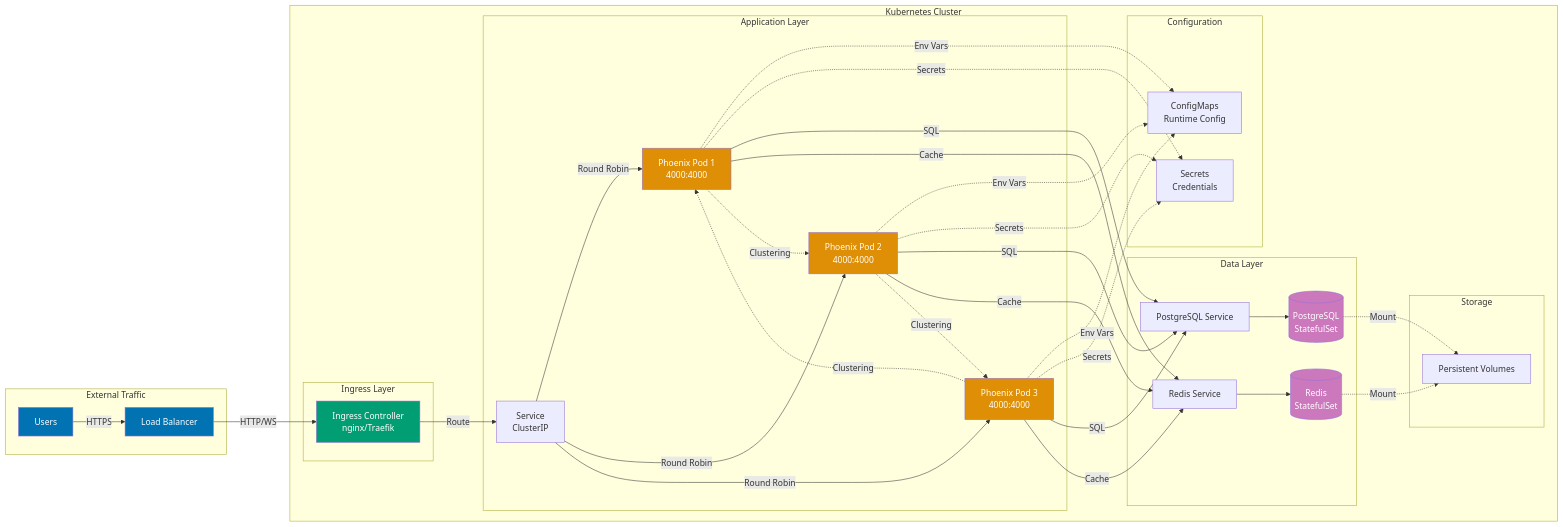
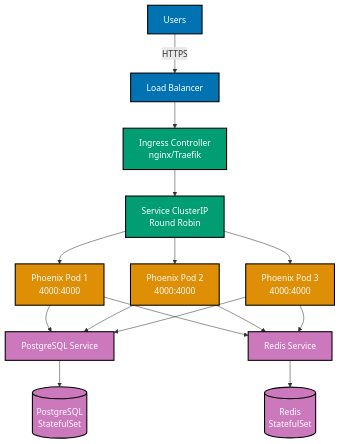
Before and after one commit to wahidyankf/ose-primer: the diagram in docs/explanation/software-engineering/platform-web/tools/elixir-phoenix/deployment.md, drawn with Mermaid. The commit also changed 86 other files, not shown here.

````diff
--- a/docs/explanation/software-engineering/platform-web/tools/elixir-phoenix/deployment.md
+++ b/docs/explanation/software-engineering/platform-web/tools/elixir-phoenix/deployment.md
@@ -349,79 +349,34 @@
 ```mermaid
 %% Color Palette: Blue #0173B2, Orange #DE8F05, Teal #029E73, Purple #CC78BC
 %% All colors are color-blind friendly and meet WCAG AA contrast standards
 
-graph LR
-    subgraph "External Traffic"
-        U[Users]
-        LB[Load Balancer]
-    end
+graph TD
+    U[Users]:::blue
+    LB[Load Balancer]:::blue
+    ING[Ingress Controller<br/>nginx/Traefik]:::teal
+    SVC[Service ClusterIP<br/>Round Robin]:::teal
 
-    subgraph "Kubernetes Cluster"
-        subgraph "Ingress Layer"
-            ING[Ingress Controller<br/>nginx/Traefik]
-        end
+    POD1[Phoenix Pod 1<br/>4000:4000]:::orange
+    POD2[Phoenix Pod 2<br/>4000:4000]:::orange
+    POD3[Phoenix Pod 3<br/>4000:4000]:::orange
 
-        subgraph "Application Layer"
-            SVC[Service<br/>ClusterIP]
-            POD1[Phoenix Pod 1<br/>4000:4000]
-            POD2[Phoenix Pod 2<br/>4000:4000]
-            POD3[Phoenix Pod 3<br/>4000:4000]
-        end
+    PGSVC[PostgreSQL Service]:::purple
+    PG[(PostgreSQL<br/>StatefulSet)]:::purple
+    REDISSVC[Redis Service]:::purple
+    RD[(Redis<br/>StatefulSet)]:::purple
 
-        subgraph "Data Layer"
-            PGSVC[PostgreSQL Service]
-            PG[(PostgreSQL<br/>StatefulSet)]
-            REDISSVC[Redis Service]
-            RD[(Redis<br/>StatefulSet)]
-        end
+    U -->|HTTPS| LB --> ING --> SVC
+    SVC --> POD1 & POD2 & POD3
 
-        subgraph "Configuration"
-            CM[ConfigMaps<br/>Runtime Config]
-            SEC[Secrets<br/>Credentials]
-        end
+    POD1 --> PGSVC & REDISSVC
+    POD2 --> PGSVC & REDISSVC
+    POD3 --> PGSVC & REDISSVC
 
-        subgraph "Storage"
-            PV[Persistent Volumes]
-        end
-    end
-
-    U -->|HTTPS| LB
-    LB -->|HTTP/WS| ING
-    ING -->|Route| SVC
-    SVC -->|Round Robin| POD1
-    SVC -->|Round Robin| POD2
-    SVC -->|Round Robin| POD3
-
-    POD1 -.->|Env Vars| CM
-    POD1 -.->|Secrets| SEC
-    POD2 -.->|Env Vars| CM
-    POD2 -.->|Secrets| SEC
-    POD3 -.->|Env Vars| CM
-    POD3 -.->|Secrets| SEC
-
-    POD1 -->|SQL| PGSVC
-    POD2 -->|SQL| PGSVC
-    POD3 -->|SQL| PGSVC
     PGSVC --> PG
-
-    POD1 -->|Cache| REDISSVC
-    POD2 -->|Cache| REDISSVC
-    POD3 -->|Cache| REDISSVC
     REDISSVC --> RD
 
-    PG -.->|Mount| PV
-    RD -.->|Mount| PV
-
-    POD1 -.Clustering.-> POD2
-    POD2 -.Clustering.-> POD3
-    POD3 -.Clustering.-> POD1
-
-    style U fill:#0173B2,color:#fff
-    style LB fill:#0173B2,color:#fff
-    style ING fill:#029E73,color:#fff
-    style POD1 fill:#DE8F05,color:#fff
-    style POD2 fill:#DE8F05,color:#fff
-    style POD3 fill:#DE8F05,color:#fff
-    style PG fill:#CC78BC,color:#fff
-    style RD fill:#CC78BC,color:#fff
+    classDef blue fill:#0173B2,stroke:#000000,color:#FFFFFF,stroke-width:2px
+    classDef teal fill:#029E73,stroke:#000000,color:#FFFFFF,stroke-width:2px
+    classDef orange fill:#DE8F05,stroke:#000000,color:#FFFFFF,stroke-width:2px
+    classDef purple fill:#CC78BC,stroke:#000000,color:#FFFFFF,stroke-width:2px
 ```
````
